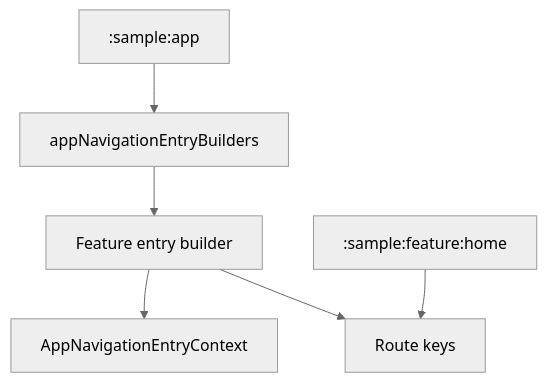
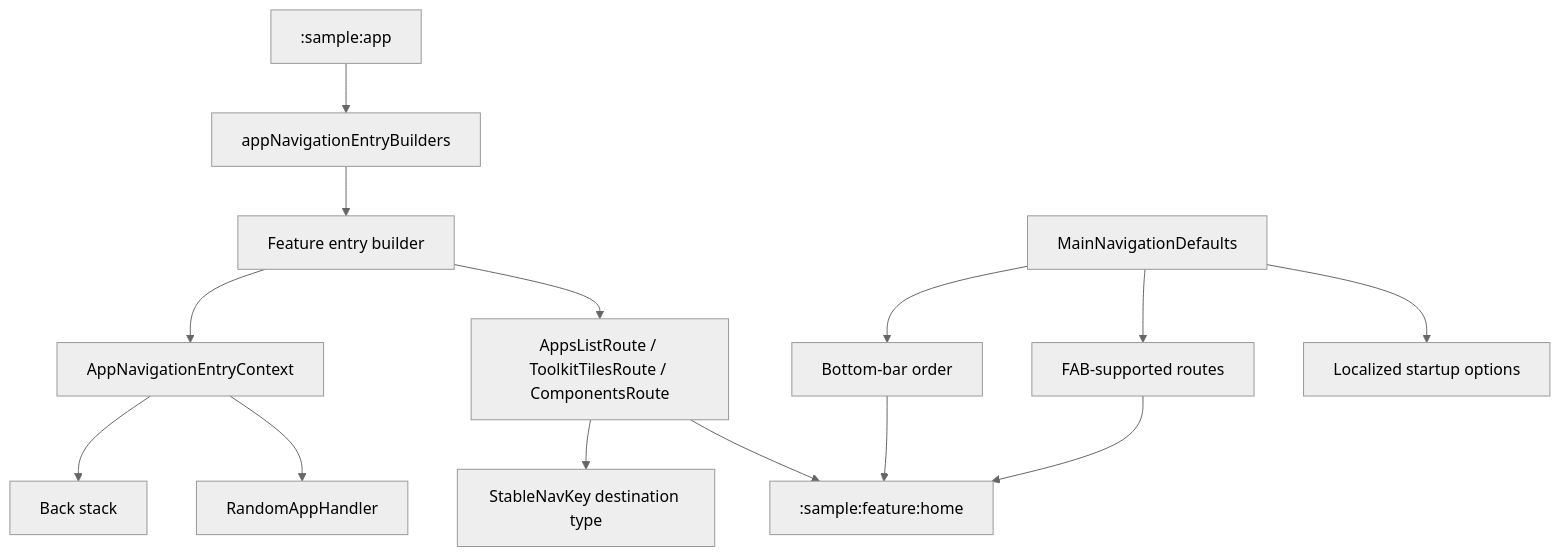
One commit to MihaiCristianCondrea/App-Toolkit-for-Android changed the diagram in sample/core/navigation/README.md. Above: the diagram before and after it, drawn with Mermaid (neutral theme). The commit also changed other lines of this file and 57 other files, not shown here.

````diff
--- a/sample/core/navigation/README.md
+++ b/sample/core/navigation/README.md
@@ -33,8 +33,16 @@
 ```mermaid
 flowchart TD
+    Keys["AppsListRoute / ToolkitTilesRoute / ComponentsRoute"] --> Type[StableNavKey destination type]
     Feature[Feature entry builder] --> Context[AppNavigationEntryContext]
-    Feature --> Keys[Route keys]
+    Context --> Stack[Back stack]
+    Context --> Random[RandomAppHandler]
+    Feature --> Keys
     App[":sample:app"] --> Aggregate[appNavigationEntryBuilders]
     Aggregate --> Feature
-    Shell[":sample:feature:home"] --> Keys
+    Defaults[MainNavigationDefaults] --> Bottom[Bottom-bar order]
+    Defaults --> Fab[FAB-supported routes]
+    Defaults --> Startup[Localized startup options]
+    Bottom --> Shell[":sample:feature:home"]
+    Fab --> Shell
+    Keys --> Shell
 ```
````
